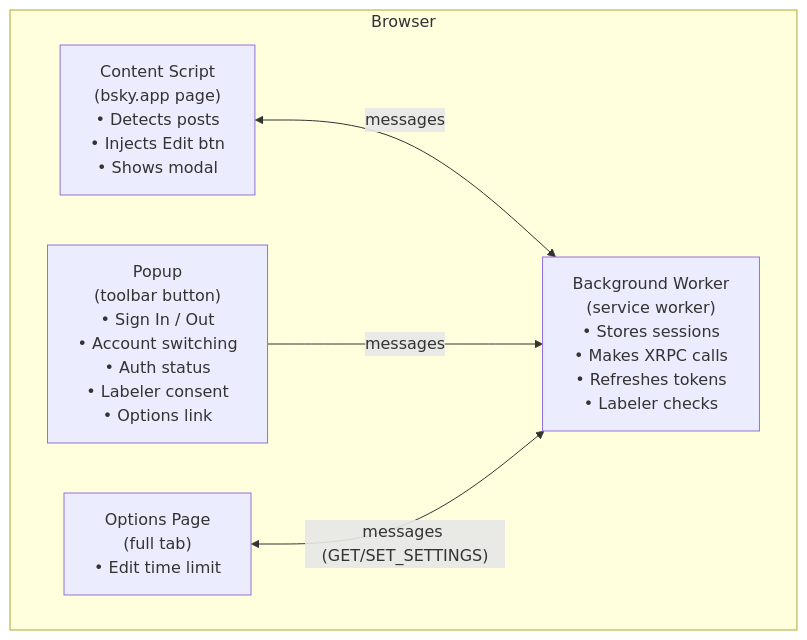
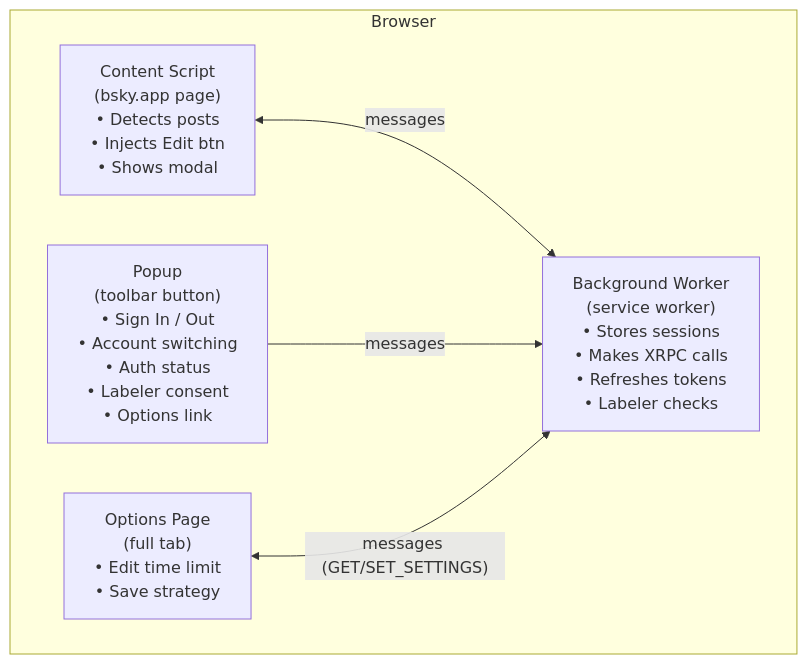
Before and after one commit to selfagency/skeeditor: the first of 3 diagrams in docs/dev/architecture.md, drawn with Mermaid. The commit also changed other lines of this file and 43 other files, not shown here.

First line of the commit message:
refactor(ui): convert extension UI to web components and add save strategy (#95)

````diff
--- a/docs/dev/architecture.md
+++ b/docs/dev/architecture.md
@@ -7,13 +7,13 @@
 ```mermaid
 graph TB
     subgraph Browser
         CS["Content Script<br/>(bsky.app page)<br/>• Detects posts<br/>• Injects Edit btn<br/>• Shows modal"]
         BG["Background Worker<br/>(service worker)<br/>• Stores sessions<br/>• Makes XRPC calls<br/>• Refreshes tokens<br/>• Labeler checks"]
         PU["Popup<br/>(toolbar button)<br/>• Sign In / Out<br/>• Account switching<br/>• Auth status<br/>• Labeler consent<br/>• Options link"]
-        OP["Options Page<br/>(full tab)<br/>• Edit time limit"]
+        OP["Options Page<br/>(full tab)<br/>• Edit time limit<br/>• Save strategy"]
     end
 
     CS <-->|"messages"| BG
     PU -->|"messages"| BG
     OP <-->|"messages (GET/SET_SETTINGS)"| BG
 ```
````
